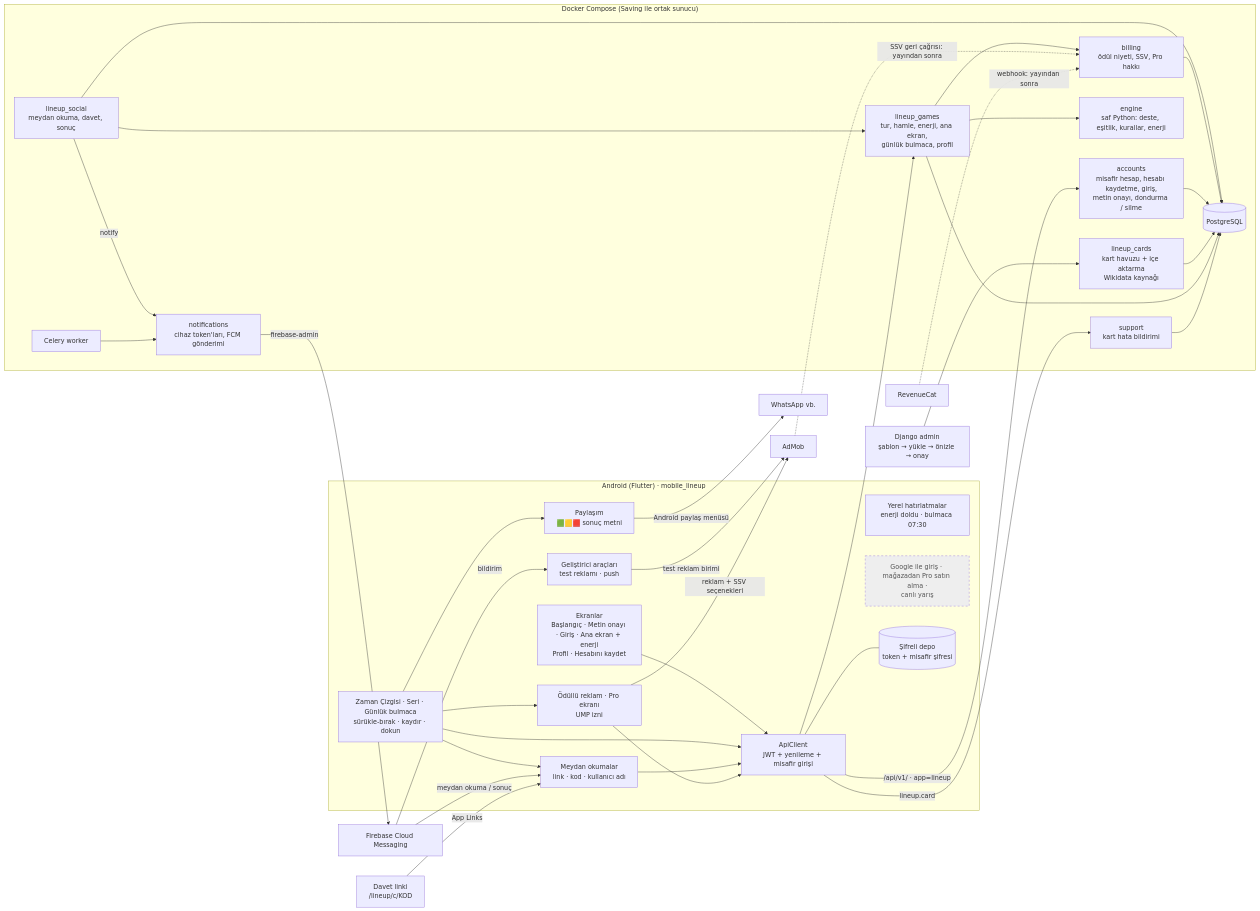
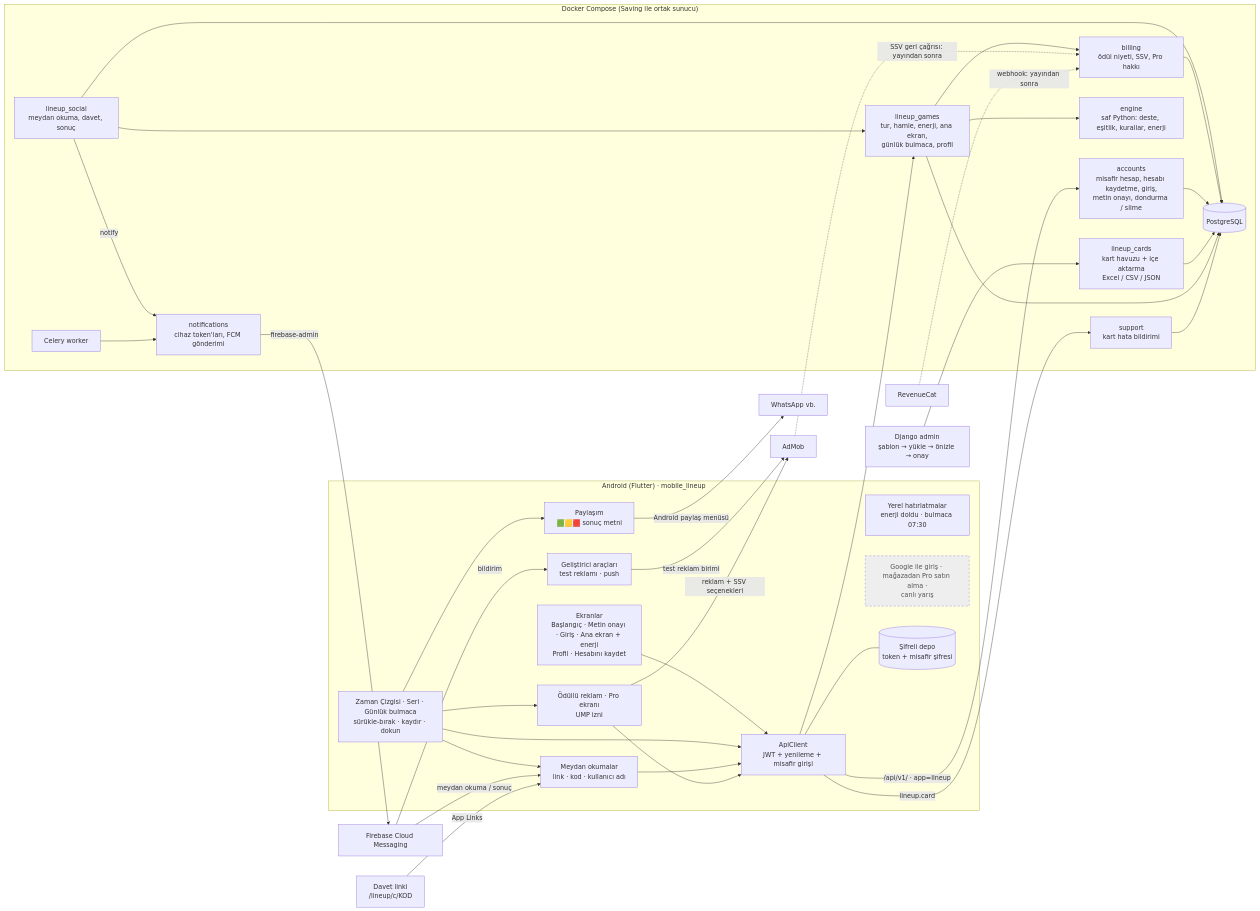
The first of 9 diagrams in docs/FLOW_lineup.md (anilcelik0/saving), drawn with Mermaid before and after one commit. The commit also changed other lines of this file and 14 other files, not shown here.

Commit message:
[lineup] Drop the live Wikidata source (by request): card data comes as JSON files; JSON upload + JSON template in the import pipeline, checks and distribution report kept

````diff
--- a/docs/FLOW_lineup.md
+++ b/docs/FLOW_lineup.md
@@ -12,63 +12,63 @@
 ```mermaid
 flowchart LR
     subgraph Mobil["Android (Flutter) · mobile_lineup"]
         UI[Ekranlar<br/>Başlangıç · Metin onayı · Giriş · Ana ekran + enerji<br/>Profil · Hesabını kaydet]
         DEV[Geliştirici araçları<br/>test reklamı · push]
         MODES[Zaman Çizgisi · Seri · Günlük bulmaca<br/>sürükle-bırak · kaydır · dokun]
         SHARE[Paylaşım<br/>🟩🟨🟥 sonuç metni]
         ADS[Ödüllü reklam · Pro ekranı<br/>UMP izni]
         SOC[Meydan okumalar<br/>link · kod · kullanıcı adı]
         LOCAL[Yerel hatırlatmalar<br/>enerji doldu · bulmaca 07:30]
         LATER[Google ile giriş · mağazadan Pro satın alma ·<br/>canlı yarış]
         API[ApiClient<br/>JWT + yenileme + misafir girişi]
         STORE[(Şifreli depo<br/>token + misafir şifresi)]
         UI --> API
         MODES --> API
         MODES --> SHARE
         MODES --> ADS
         MODES --> SOC
         SOC --> API
         ADS --> API
         API --- STORE
     end
 
     subgraph Sunucu["Docker Compose (Saving ile ortak sunucu)"]
         ACC[accounts<br/>misafir hesap, hesabı kaydetme, giriş,<br/>metin onayı, dondurma / silme]
         NOTIF[notifications<br/>cihaz token'ları, FCM gönderimi]
-        CARDS[lineup_cards<br/>kart havuzu + içe aktarma<br/>Wikidata kaynağı]
+        CARDS[lineup_cards<br/>kart havuzu + içe aktarma<br/>Excel / CSV / JSON]
         GAMES[lineup_games<br/>tur, hamle, enerji, ana ekran,<br/>günlük bulmaca, profil]
         ENGINE[engine<br/>saf Python: deste, eşitlik, kurallar, enerji]
         SUP[support<br/>kart hata bildirimi]
         BILL[billing<br/>ödül niyeti, SSV, Pro hakkı]
         SOCIAL[lineup_social<br/>meydan okuma, davet, sonuç]
         SOCIAL --> DB
         SOCIAL --> GAMES
         SOCIAL -->|notify| NOTIF
         WORKER[Celery worker] --> NOTIF
         BILL --> DB
         GAMES --> BILL
         DB[(PostgreSQL)]
         ACC --> DB
         CARDS --> DB
         GAMES --> DB
         GAMES --> ENGINE
         SUP --> DB
     end
 
     API -->|/api/v1/ · app=lineup| ACC
     API --> GAMES
     API -->|lineup.card| SUP
     NOTIF -->|firebase-admin| FCM[Firebase Cloud Messaging]
     FCM -->|bildirim| DEV
     FCM -->|meydan okuma / sonuç| SOC
     LINK[Davet linki<br/>/lineup/c/KOD] -->|App Links| SOC
     SHARE -->|Android paylaş menüsü| WA[WhatsApp vb.]
     DEV -->|test reklam birimi| ADMOB[AdMob]
     ADS -->|reklam + SSV seçenekleri| ADMOB
     ADMOB -.->|SSV geri çağrısı: yayından sonra| BILL
     RC[RevenueCat] -.->|webhook: yayından sonra| BILL
     ADM[Django admin<br/>şablon → yükle → önizle → onay] --> CARDS
 
     classDef planned stroke-dasharray: 5 5,fill:#eee,color:#555
     class LATER planned
 ```
````
